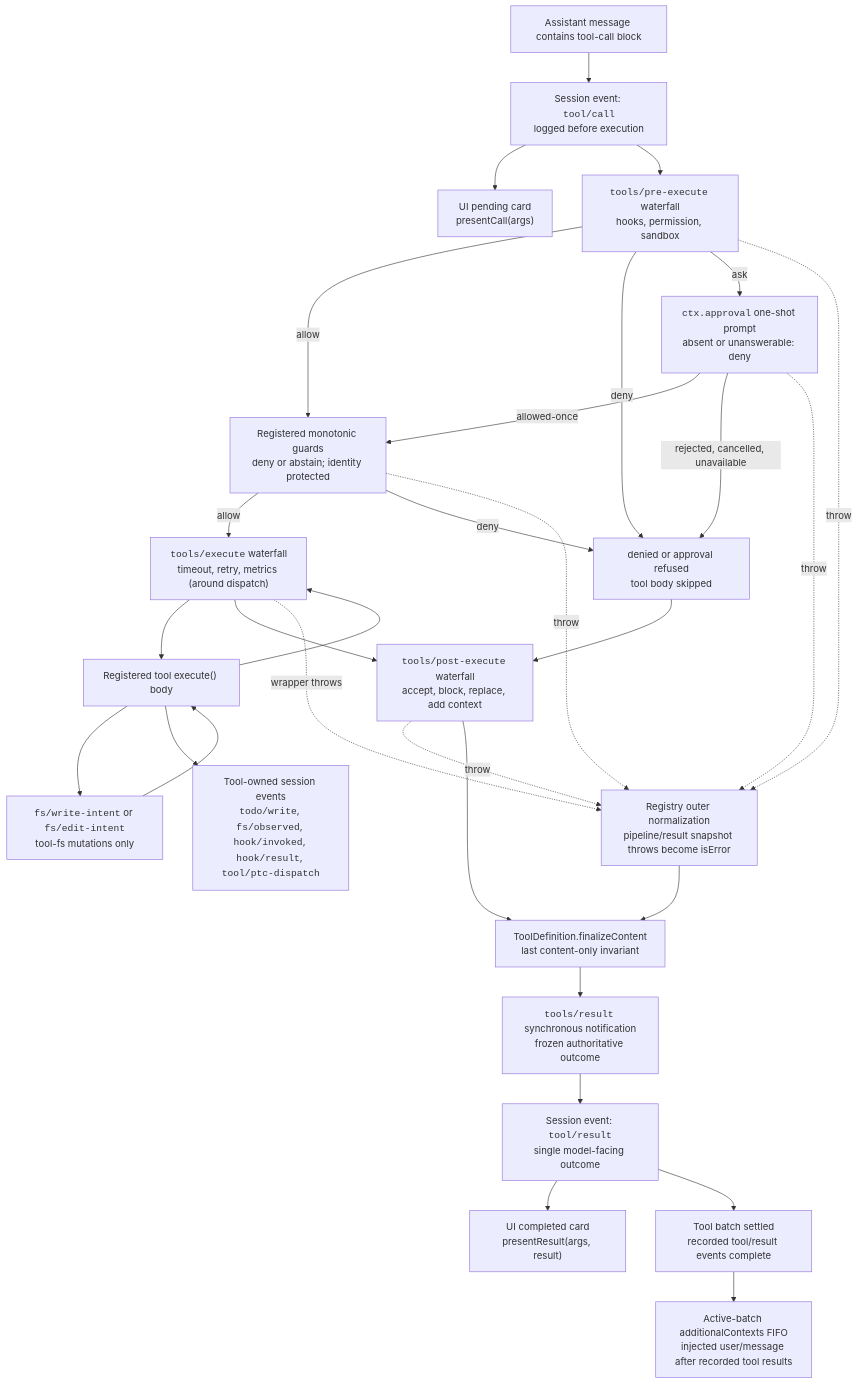
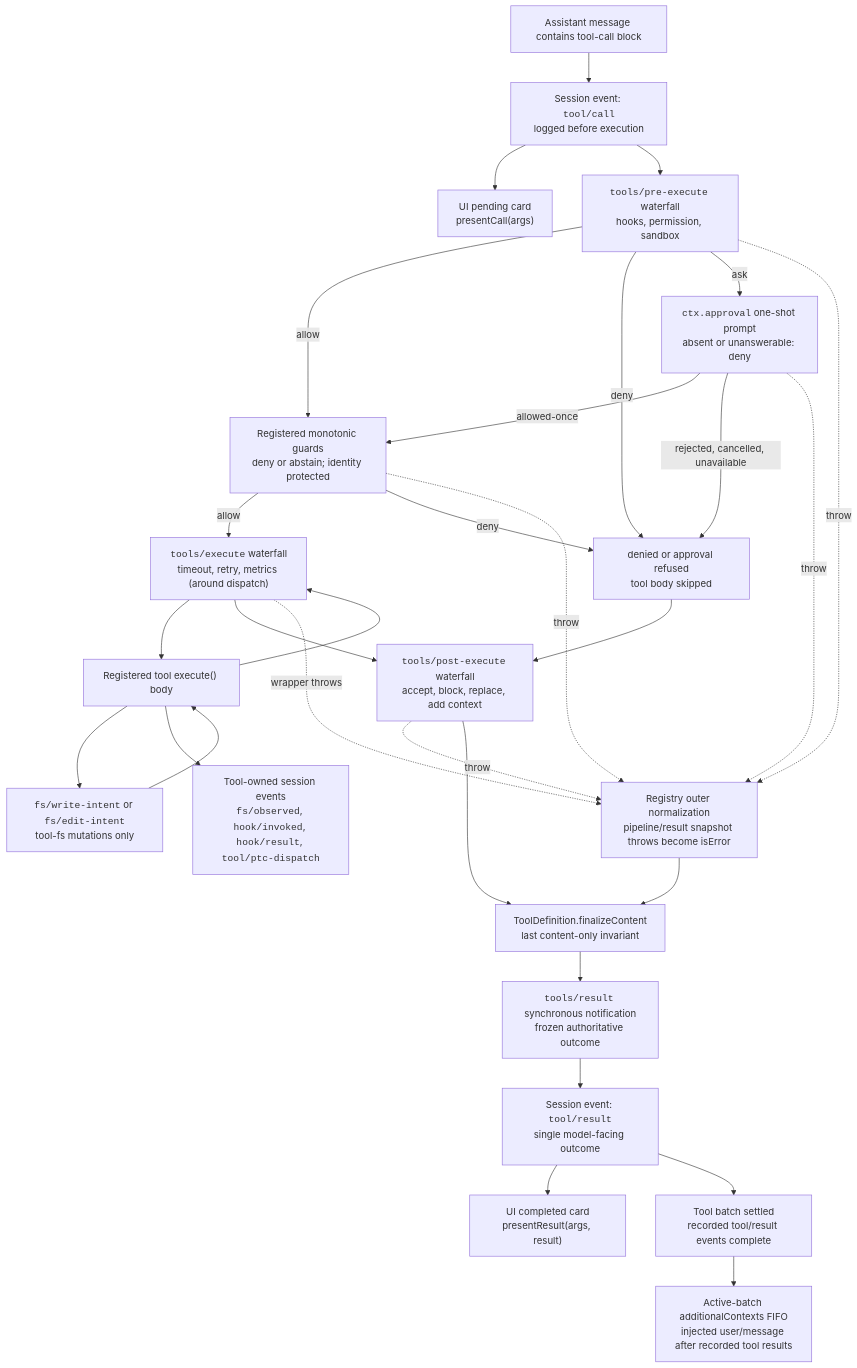
One commit to Justar96/bake changed the diagram in docs/tool-execution-pipeline.md. Above: the diagram before and after it, drawn with Mermaid. The commit also changed 555 other files, not shown here.

````diff
--- a/docs/tool-execution-pipeline.md
+++ b/docs/tool-execution-pipeline.md
@@ -8,51 +8,51 @@
 ```mermaid
 flowchart TD
   model["Assistant message contains tool-call block"]
   toolCall["Session event: <code>tool/call</code><br/>logged before execution"]
   presentCall["UI pending card<br/>presentCall(args)"]
   pre["<code>tools/pre-execute</code> waterfall<br/>hooks, permission, sandbox"]
   guards["Registered monotonic guards<br/>deny or abstain; identity protected"]
   denied["denied or approval refused<br/>tool body skipped"]
   approval["<code>ctx.approval</code> one-shot prompt<br/>absent or unanswerable: deny"]
   around["<code>tools/execute</code> waterfall<br/>timeout, retry, metrics (around dispatch)"]
   toolBody["Registered tool execute() body"]
   fsGate["<code>fs/write-intent</code> or <code>fs/edit-intent</code><br/>tool-fs mutations only"]
-  owned["Tool-owned session events<br/><code>todo/write</code>, <code>fs/observed</code>, <code>hook/invoked</code>, <code>hook/result</code>, <code>tool/ptc-dispatch</code>"]
+  owned["Tool-owned session events<br/><code>fs/observed</code>, <code>hook/invoked</code>, <code>hook/result</code>, <code>tool/ptc-dispatch</code>"]
   post["<code>tools/post-execute</code> waterfall<br/>accept, block, replace, add context"]
   normalized["Registry outer normalization<br/>pipeline/result snapshot throws become isError"]
   finalize["ToolDefinition.finalizeContent<br/>last content-only invariant"]
   final["<code>tools/result</code> synchronous notification<br/>frozen authoritative outcome"]
   context["Active-batch additionalContexts FIFO<br/>injected user/message after recorded tool results"]
   toolResult["Session event: <code>tool/result</code><br/>single model-facing outcome"]
   allResults["Tool batch settled<br/>recorded tool/result events complete"]
   presentResult["UI completed card<br/>presentResult(args, result)"]
   model --> toolCall
   toolCall --> presentCall
   toolCall --> pre
   pre -->|allow| guards
   guards -->|allow| around
   guards -->|deny| denied
   guards -.->|throw| normalized
   around --> toolBody
   pre -->|deny| denied
   pre -->|ask| approval
   approval -->|allowed-once| guards
   approval -->|rejected, cancelled, unavailable| denied
   approval -.->|throw| normalized
   denied --> post
   pre -.->|throw| normalized
   toolBody --> fsGate
   fsGate --> toolBody
   toolBody --> owned
   toolBody --> around
   around --> post
   around -.->|wrapper throws| normalized
   post -.->|throw| normalized
   post --> finalize
   normalized --> finalize
   finalize --> final
   final --> toolResult
   toolResult --> presentResult
   toolResult --> allResults
   allResults --> context
 ```
````
